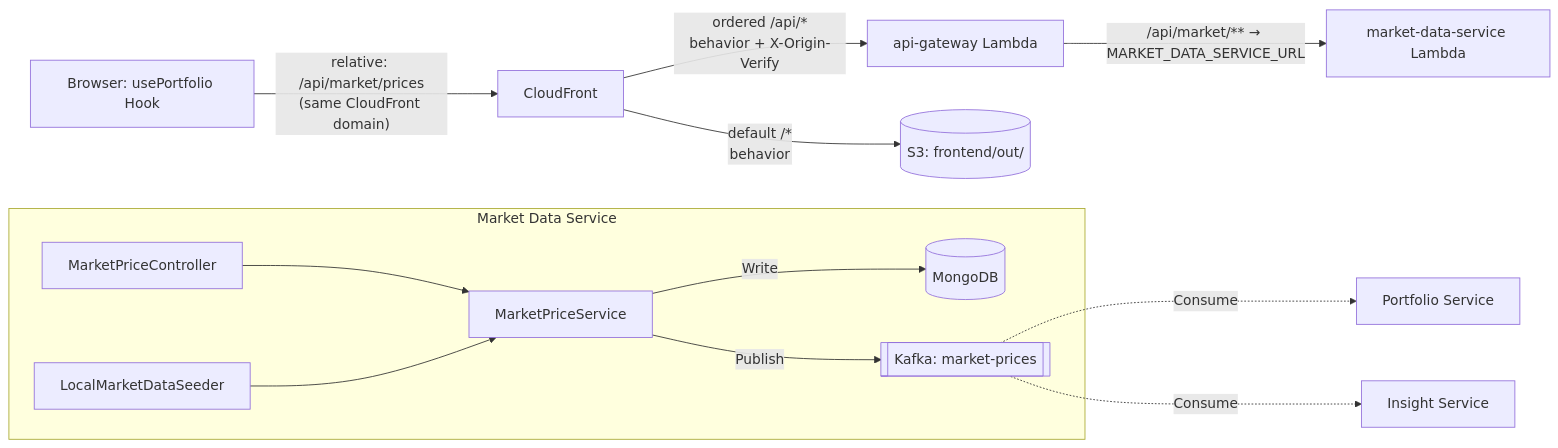
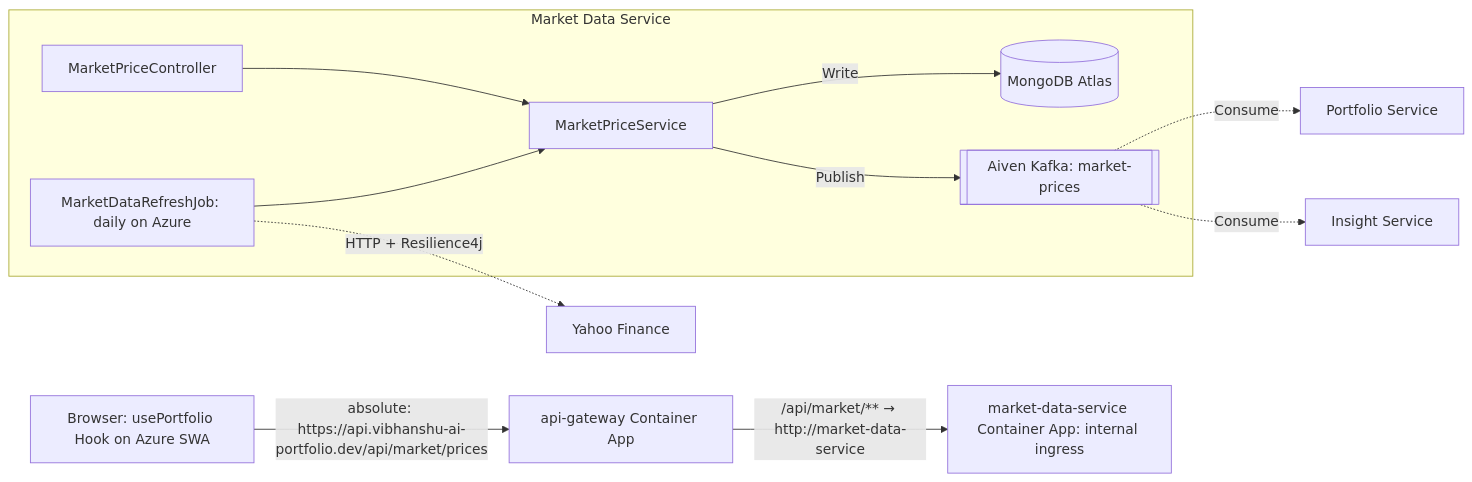
The second of 2 diagrams in docs/e2e-flows/market-data-service-e2e.md (vibhanshu-agarwal/wealthmgmtandportfoliotracker), drawn with Mermaid before and after one commit. The commit also changed other lines of this file and 3 other files, not shown here.

````diff
--- a/docs/e2e-flows/market-data-service-e2e.md
+++ b/docs/e2e-flows/market-data-service-e2e.md
@@ -74,21 +76,20 @@
 ```mermaid
 graph LR
-    A[Browser: usePortfolio Hook] -->|"relative: /api/market/prices\n(same CloudFront domain)"| B[CloudFront]
-    B -->|"default /*\nbehavior"| S[(S3: frontend/out/)]
-    B -->|"ordered /api/*\nbehavior + X-Origin-Verify"| C[api-gateway Lambda]
-    C -->|/api/market/** → MARKET_DATA_SERVICE_URL| D[market-data-service Lambda]
+    A[Browser: usePortfolio Hook on Azure SWA] -->|"absolute: https://api.vibhanshu-ai-portfolio.dev/api/market/prices"| C[api-gateway Container App]
+    C -->|"/api/market/** → http://market-data-service"| D[market-data-service Container App: internal ingress]
 
     subgraph "Market Data Service"
         D1[MarketPriceController]
         D2[MarketPriceService]
-        D3[LocalMarketDataSeeder]
+        D3[MarketDataRefreshJob: daily on Azure]
 
         D1 --> D2
         D3 --> D2
-        D2 -->|Write| E[(MongoDB)]
-        D2 -->|Publish| F[[Kafka: market-prices]]
+        D2 -->|Write| E[(MongoDB Atlas)]
+        D2 -->|Publish| F[[Aiven Kafka: market-prices]]
     end
 
+    D3 -.->|HTTP + Resilience4j| Y[Yahoo Finance]
     F -.->|Consume| G[Portfolio Service]
     F -.->|Consume| H[Insight Service]
 ```
````
